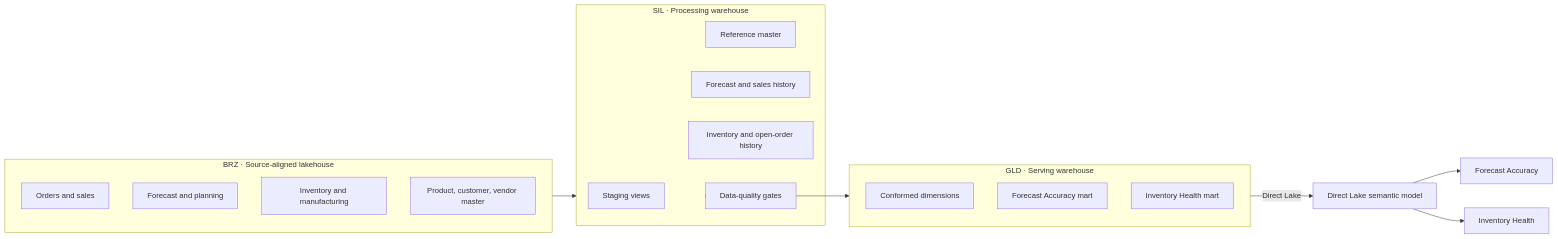
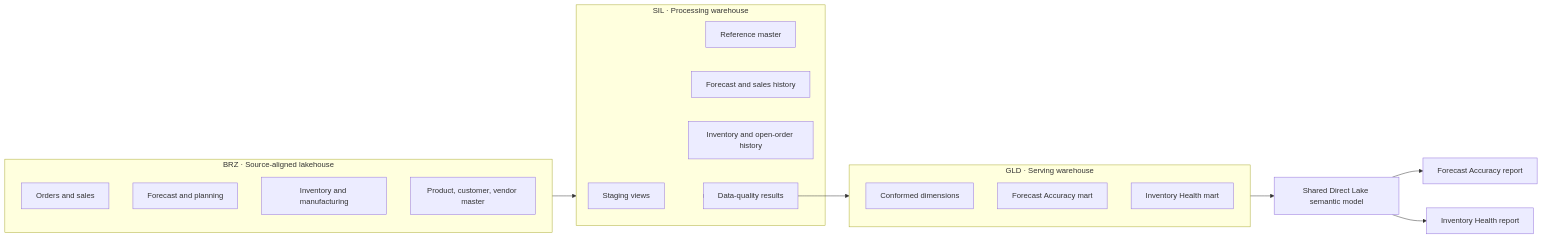
The first of 2 diagrams in README.md (vothai17072002/fabric-medallion-supply-chain-platform), drawn with Mermaid before and after one commit. The commit also changed other lines of this file and 21 other files, not shown here.

Commit message:
feat: publish executable senior platform architecture

````diff
--- a/README.md
+++ b/README.md
@@ -14,31 +69,31 @@
 ```mermaid
 flowchart LR
     subgraph BRZ[BRZ · Source-aligned lakehouse]
       B1[Orders and sales]
       B2[Forecast and planning]
       B3[Inventory and manufacturing]
       B4[Product, customer, vendor master]
     end
     subgraph SIL[SIL · Processing warehouse]
       S0[Staging views]
       S1[Reference master]
       S2[Forecast and sales history]
       S3[Inventory and open-order history]
-      DQ[Data-quality gates]
+      DQ[Data-quality results]
     end
     subgraph GLD[GLD · Serving warehouse]
       G0[Conformed dimensions]
       G1[Forecast Accuracy mart]
       G2[Inventory Health mart]
     end
-    SM[Direct Lake semantic model]
-    R1[Forecast Accuracy]
-    R2[Inventory Health]
+    SM[Shared Direct Lake semantic model]
+    R1[Forecast Accuracy report]
+    R2[Inventory Health report]
 
     BRZ --> SIL
     SIL --> DQ
     DQ --> GLD
-    GLD -->|Direct Lake| SM
+    GLD --> SM
     SM --> R1
     SM --> R2
 ```
````
